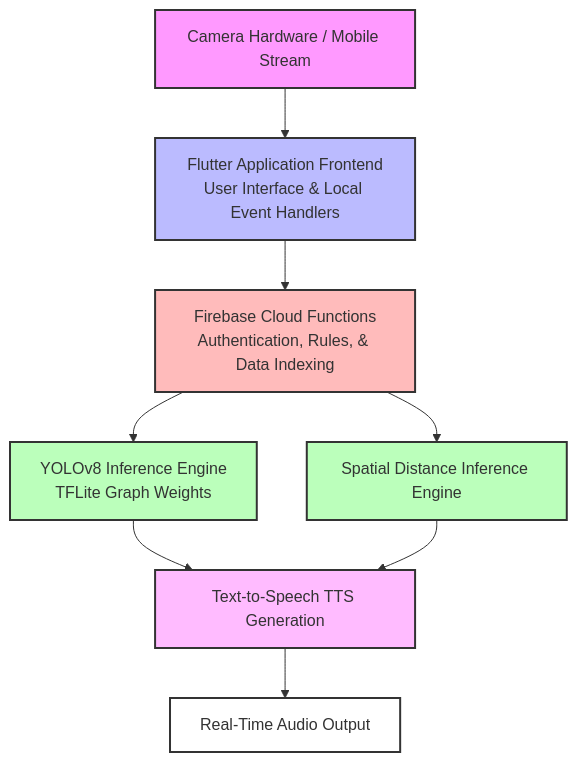
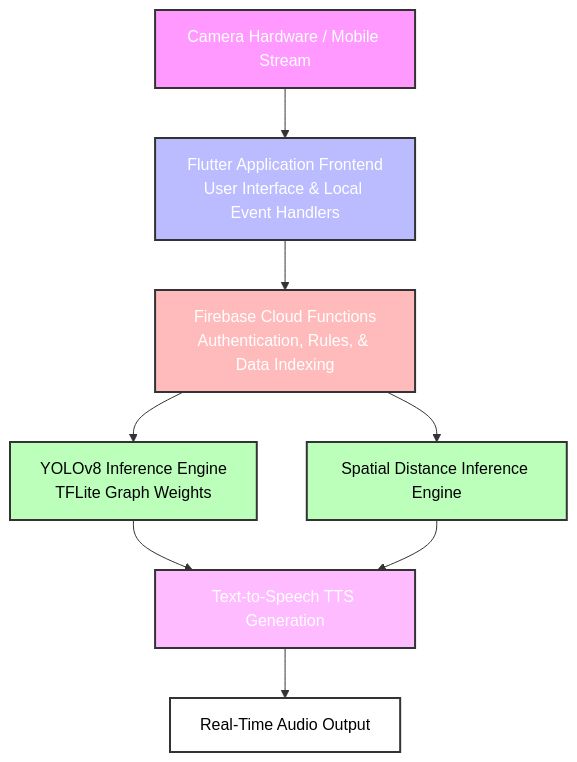
The diagram in README.md (Sankalpa0011/Visio-Sense), drawn with Mermaid before and after one commit.

Commit message:
Improve color styles in README diagram
Updated styles in the README for better color contrast.

````diff
--- a/README.md
+++ b/README.md
@@ -44,18 +44,18 @@
 ```mermaid
 graph TD
     A[Camera Hardware / Mobile Stream] --> B[Flutter Application Frontend<br>User Interface & Local Event Handlers]
     B --> C[Firebase Cloud Functions<br>Authentication, Rules, & Data Indexing]
     C --> D[YOLOv8 Inference Engine<br>TFLite Graph Weights]
     C --> E[Spatial Distance Inference Engine]
     D --> F[Text-to-Speech TTS Generation]
     E --> F
     F --> G[Real-Time Audio Output]
 
-    style A fill:#f9f,stroke:#333,stroke-width:2px
-    style B fill:#bbf,stroke:#333,stroke-width:2px
-    style C fill:#fbb,stroke:#333,stroke-width:2px
-    style D fill:#bfb,stroke:#333,stroke-width:2px
-    style E fill:#bfb,stroke:#333,stroke-width:2px
-    style F fill:#fbf,stroke:#333,stroke-width:2px
-    style G fill:#fff,stroke:#333,stroke-width:2px
+    style A fill:#f9f,stroke:#333,stroke-width:2px,color:#fff
+    style B fill:#bbf,stroke:#333,stroke-width:2px,color:#fff
+    style C fill:#fbb,stroke:#333,stroke-width:2px,color:#fff
+    style D fill:#bfb,stroke:#333,stroke-width:2px,color:#000
+    style E fill:#bfb,stroke:#333,stroke-width:2px,color:#000
+    style F fill:#fbf,stroke:#333,stroke-width:2px,color:#fff
+    style G fill:#fff,stroke:#333,stroke-width:2px,color:#000
 ```
````
